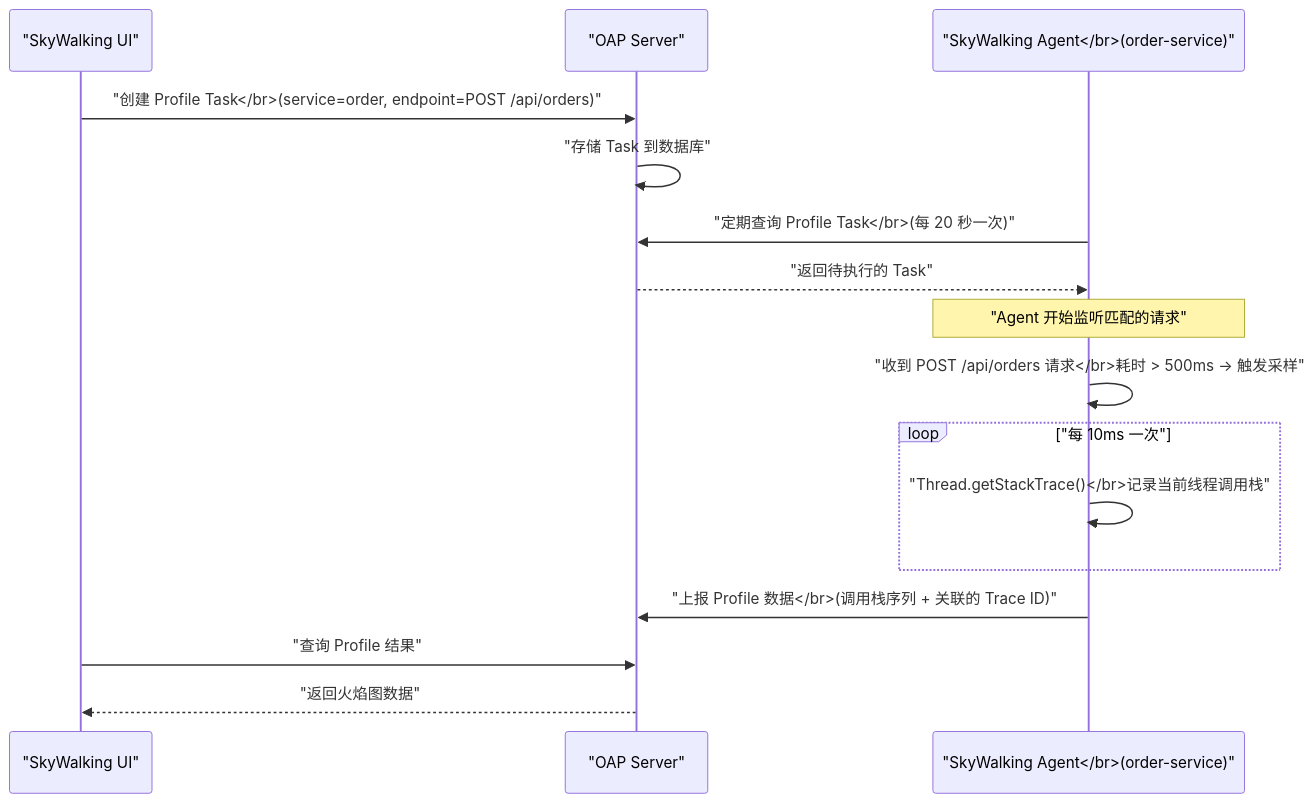
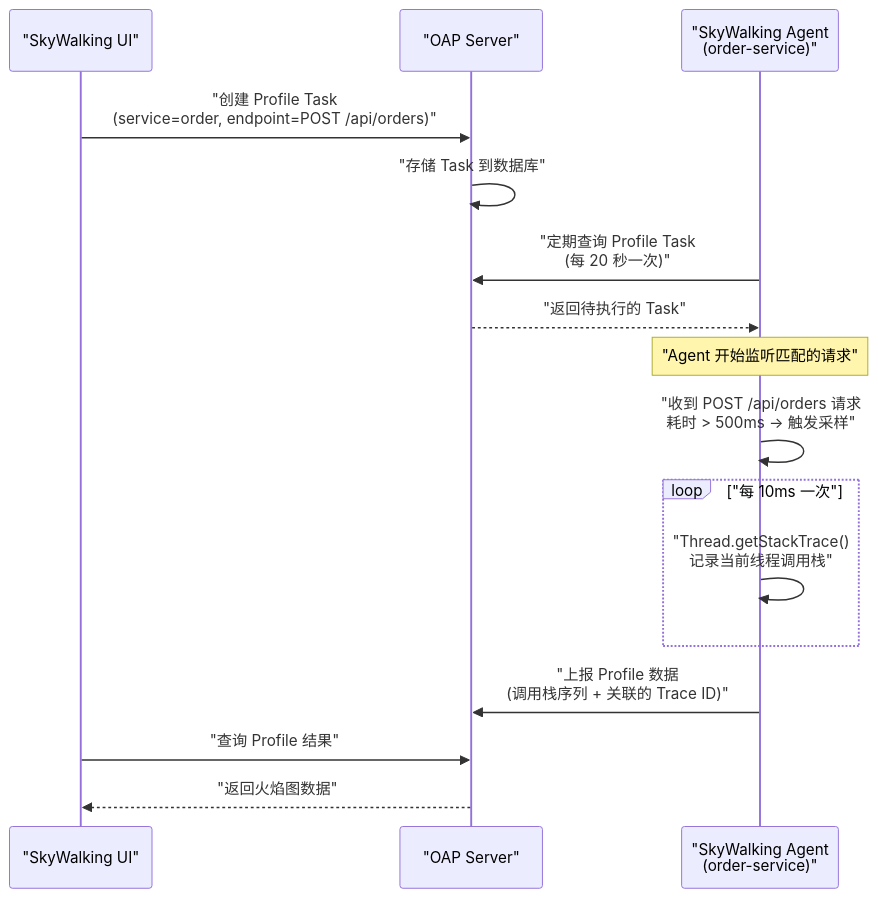
The second of 3 diagrams in content/可观测/Profiler/04 SkyWalking 集成 Profiler.md (hpliStartAgain/my-brain), drawn with Mermaid before and after one commit. The commit also changed other lines of this file and 511 other files, not shown here.

````diff
--- a/content/可观测/Profiler/04 SkyWalking 集成 Profiler.md
+++ b/content/可观测/Profiler/04 SkyWalking 集成 Profiler.md
@@ -84,26 +140,26 @@
 ```mermaid
 %%{init: {'theme': 'dracula'}}%%
 sequenceDiagram
     participant UI as "SkyWalking UI"
     participant OAP as "OAP Server"
-    participant Agent as "SkyWalking Agent</br>(order-service)"
+    participant Agent as "SkyWalking Agent<br/>(order-service)"
 
-    UI->>OAP: "创建 Profile Task</br>(service=order, endpoint=POST /api/orders)"
+    UI->>OAP: "创建 Profile Task<br/>(service=order, endpoint=POST /api/orders)"
     OAP->>OAP: "存储 Task 到数据库"
-    
-    Agent->>OAP: "定期查询 Profile Task</br>(每 20 秒一次)"
+
+    Agent->>OAP: "定期查询 Profile Task<br/>(每 20 秒一次)"
     OAP-->>Agent: "返回待执行的 Task"
-    
+
     Note over Agent: "Agent 开始监听匹配的请求"
-    
-    Agent->>Agent: "收到 POST /api/orders 请求</br>耗时 > 500ms → 触发采样"
-    
+
+    Agent->>Agent: "收到 POST /api/orders 请求<br/>耗时 > 500ms → 触发采样"
+
     loop "每 10ms 一次"
-        Agent->>Agent: "Thread.getStackTrace()</br>记录当前线程调用栈"
+        Agent->>Agent: "Thread.getStackTrace()<br/>记录当前线程调用栈"
     end
-    
-    Agent->>OAP: "上报 Profile 数据</br>(调用栈序列 + 关联的 Trace ID)"
-    
+
+    Agent->>OAP: "上报 Profile 数据<br/>(调用栈序列 + 关联的 Trace ID)"
+
     UI->>OAP: "查询 Profile 结果"
     OAP-->>UI: "返回火焰图数据"
 ```
````
